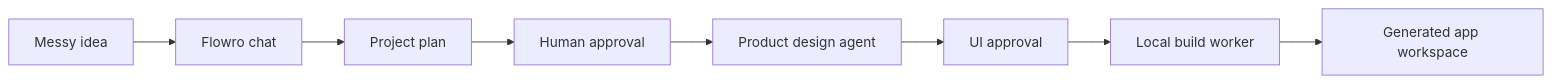
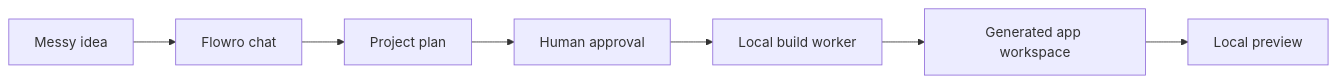
Before and after one commit to KhalidD0nc/Flowro-PM: the diagram in README.md, drawn with Mermaid. The commit also changed other lines of this file and 3 other files, not shown here.

Commit message:
docs: update README, CONTRIBUTING, and project schemas

````diff
--- a/README.md
+++ b/README.md
@@ -58,10 +58,9 @@
 ```mermaid
 flowchart LR
     A[Messy idea] --> B[Flowro chat]
     B --> C[Project plan]
     C --> D[Human approval]
-    D --> E[Product design agent]
-    E --> F[UI approval]
-    F --> G[Local build worker]
-    G --> H[Generated app workspace]
+    D --> E[Local build worker]
+    E --> F[Generated app workspace]
+    F --> G[Local preview]
 ```
````
